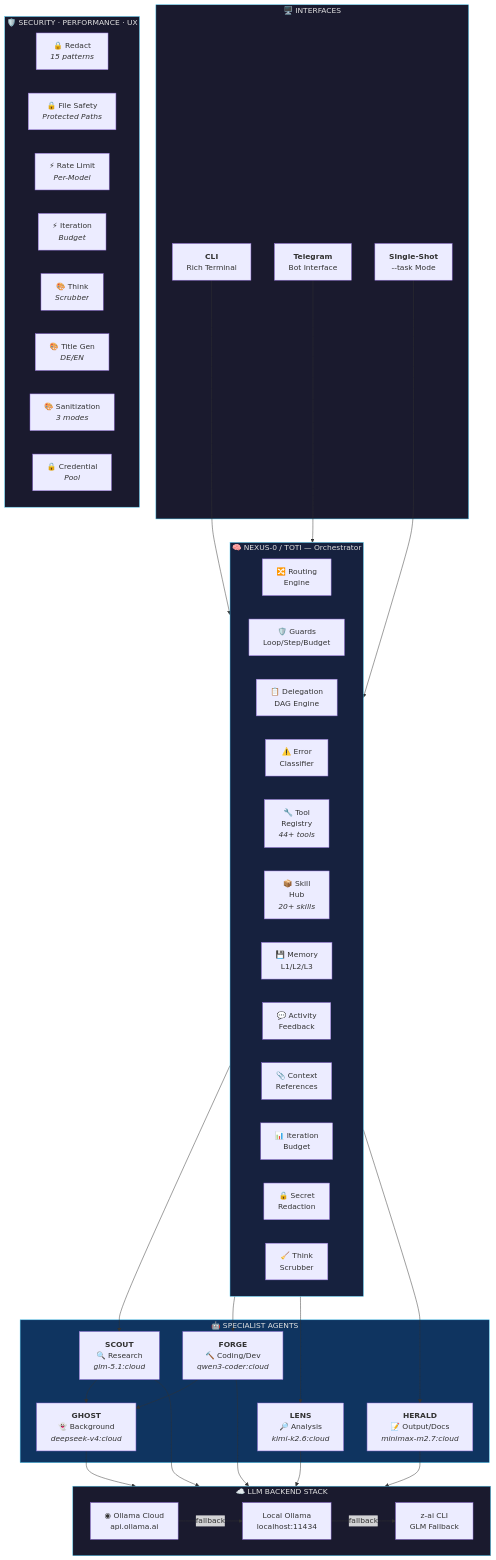
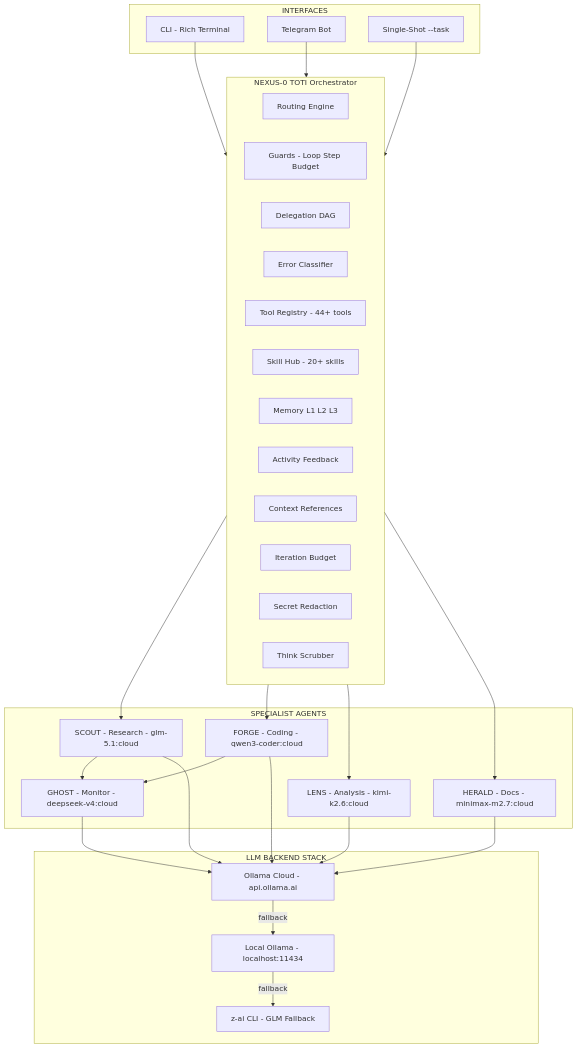
The first of 5 diagrams in README.md (TitoPrausee/nexus-toti), drawn with Mermaid before and after one commit. The commit also changed other lines of this file, not shown here.

Commit message:
docs: Mermaid-UML gefixt - kein HTML/Emoji in Nodes, pure Mermaid-Syntax

````diff
--- a/README.md
+++ b/README.md
@@ -40,75 +21,54 @@
 ```mermaid
 graph TB
-    subgraph interfaces["🖥️ INTERFACES"]
-        CLI["<b>CLI</b><br/>Rich Terminal"]
-        TG["<b>Telegram</b><br/>Bot Interface"]
-        TASK["<b>Single-Shot</b><br/>--task Mode"]
+    subgraph interfaces["INTERFACES"]
+        CLI["CLI - Rich Terminal"]
+        TG["Telegram Bot"]
+        TASK["Single-Shot --task"]
     end
 
-    subgraph nexus0["🧠 NEXUS-0 / TOTI — Orchestrator"]
-        direction LR
-        ROUTE["🔀 Routing<br/>Engine"]
-        GUARD["🛡️ Guards<br/>Loop/Step/Budget"]
-        DELEG["📋 Delegation<br/>DAG Engine"]
-        ECLASS["⚠️ Error<br/>Classifier"]
-        TOOLS["🔧 Tool<br/>Registry<br/><i>44+ tools</i>"]
-        SKILLHUB["📦 Skill<br/>Hub<br/><i>20+ skills</i>"]
-        MEM["💾 Memory<br/>L1/L2/L3"]
-        FEEDBACK["💬 Activity<br/>Feedback"]
-        CTXREF["📎 Context<br/>References"]
-        BUDGET["📊 Iteration<br/>Budget"]
-        REDACT["🔒 Secret<br/>Redaction"]
-        SCRUB["🧹 Think<br/>Scrubber"]
+    subgraph nexus0["NEXUS-0 TOTI Orchestrator"]
+        ROUTE["Routing Engine"]
+        GUARD["Guards - Loop Step Budget"]
+        DELEG["Delegation DAG"]
+        ECLASS["Error Classifier"]
+        TOOLS["Tool Registry - 44+ tools"]
+        SKILLHUB["Skill Hub - 20+ skills"]
+        MEM["Memory L1 L2 L3"]
+        FEEDBACK["Activity Feedback"]
+        CTXREF["Context References"]
+        BUDGET["Iteration Budget"]
+        REDACT["Secret Redaction"]
+        SCRUB["Think Scrubber"]
     end
 
-    subgraph agents["🤖 SPECIALIST AGENTS"]
-        SCOUT["<b>SCOUT</b><br/>🔍 Research<br/><i>glm-5.1:cloud</i>"]
-        FORGE["<b>FORGE</b><br/>🔨 Coding/Dev<br/><i>qwen3-coder:cloud</i>"]
-        LENS["<b>LENS</b><br/>🔎 Analysis<br/><i>kimi-k2.6:cloud</i>"]
-        HERALD["<b>HERALD</b><br/>📝 Output/Docs<br/><i>minimax-m2.7:cloud</i>"]
-        GHOST["<b>GHOST</b><br/>👻 Background<br/><i>deepseek-v4:cloud</i>"]
+    subgraph agents["SPECIALIST AGENTS"]
+        SCOUT["SCOUT - Research - glm-5.1:cloud"]
+        FORGE["FORGE - Coding - qwen3-coder:cloud"]
+        LENS["LENS - Analysis - kimi-k2.6:cloud"]
+        HERALD["HERALD - Docs - minimax-m2.7:cloud"]
+        GHOST["GHOST - Monitor - deepseek-v4:cloud"]
     end
 
-    subgraph llmstack["☁️ LLM BACKEND STACK"]
-        direction LR
-        OLLAMA["◉ Ollama Cloud<br/>api.ollama.ai"]
-        LOCAL["Local Ollama<br/>localhost:11434"]
-        ZAI["z-ai CLI<br/>GLM Fallback"]
-    end
-
-    subgraph security["🛡️ SECURITY · PERFORMANCE · UX"]
-        direction LR
-        R1["🔒 Redact<br/><i>15 patterns</i>"]
-        R2["🔒 File Safety<br/><i>Protected Paths</i>"]
-        R3["⚡ Rate Limit<br/><i>Per-Model</i>"]
-        R4["⚡ Iteration<br/><i>Budget</i>"]
-        R5["🎨 Think<br/><i>Scrubber</i>"]
-        R6["🎨 Title Gen<br/><i>DE/EN</i>"]
-        R7["🎨 Sanitization<br/><i>3 modes</i>"]
-        R8["🔒 Credential<br/><i>Pool</i>"]
+    subgraph llmstack["LLM BACKEND STACK"]
+        OLLAMA["Ollama Cloud - api.ollama.ai"]
+        LOCAL["Local Ollama - localhost:11434"]
+        ZAI["z-ai CLI - GLM Fallback"]
     end
 
     CLI --> nexus0
     TG --> nexus0
     TASK --> nexus0
     nexus0 --> SCOUT
     nexus0 --> FORGE
     nexus0 --> LENS
     nexus0 --> HERALD
     SCOUT --> GHOST
     FORGE --> GHOST
-
     SCOUT --> OLLAMA
     FORGE --> OLLAMA
     LENS --> OLLAMA
     HERALD --> OLLAMA
     GHOST --> OLLAMA
-    OLLAMA -->|fallback| LOCAL
-    LOCAL -->|fallback| ZAI
-
-    style interfaces fill:#1a1a2e,stroke:#4cc9f0,color:#e0e0e0
-    style nexus0 fill:#16213e,stroke:#4cc9f0,color:#e0e0e0
-    style agents fill:#0f3460,stroke:#4cc9f0,color:#e0e0e0
-    style llmstack fill:#1a1a2e,stroke:#4cc9f0,color:#e0e0e0
-    style security fill:#1a1a2e,stroke:#4cc9f0,color:#e0e0e0
+    OLLAMA -->|"fallback"| LOCAL
+    LOCAL -->|"fallback"| ZAI
 ```
````
